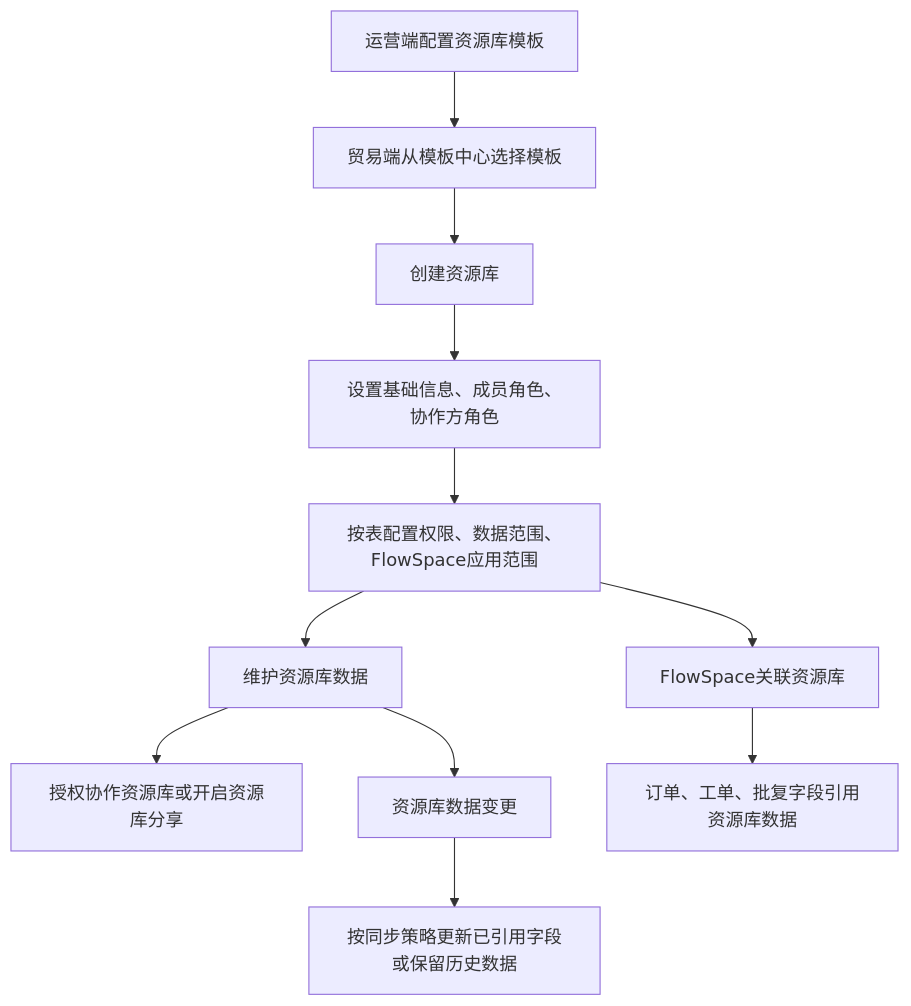
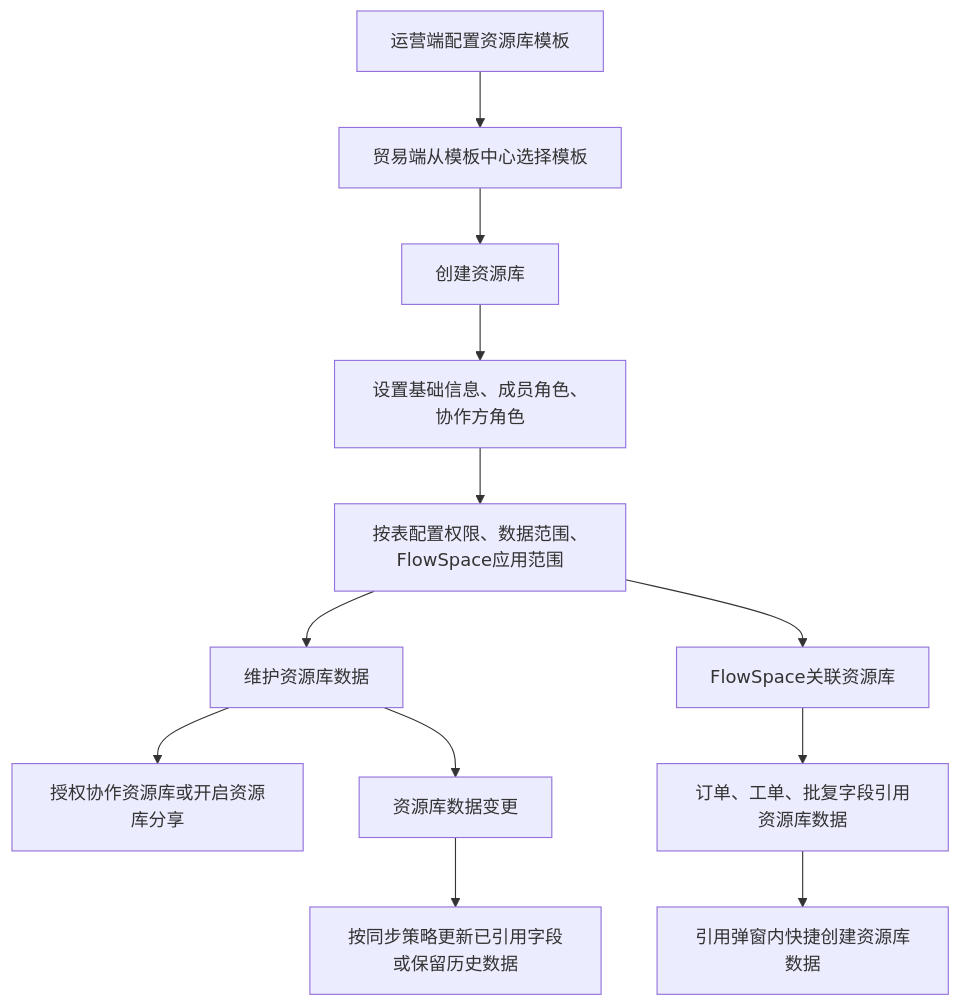
Before and after one commit to funlululu/linkincrease-pages: the diagram in content/docs/20-业务对象与数据模型/资源库.md, drawn with Mermaid. The commit also changed other lines of this file and 40 other files, not shown here.

````diff
--- a/content/docs/20-业务对象与数据模型/资源库.md
+++ b/content/docs/20-业务对象与数据模型/资源库.md
@@ -33,13 +34,14 @@
 ```mermaid
 flowchart TD
     A["运营端配置资源库模板"] --> B["贸易端从模板中心选择模板"]
     B --> C["创建资源库"]
     C --> D["设置基础信息、成员角色、协作方角色"]
     D --> E["按表配置权限、数据范围、FlowSpace应用范围"]
     E --> F["维护资源库数据"]
     F --> G["授权协作资源库或开启资源库分享"]
     E --> H["FlowSpace关联资源库"]
     H --> I["订单、工单、批复字段引用资源库数据"]
     F --> J["资源库数据变更"]
     J --> K["按同步策略更新已引用字段或保留历史数据"]
+    I --> L["引用弹窗内快捷创建资源库数据"]
 ```
````
